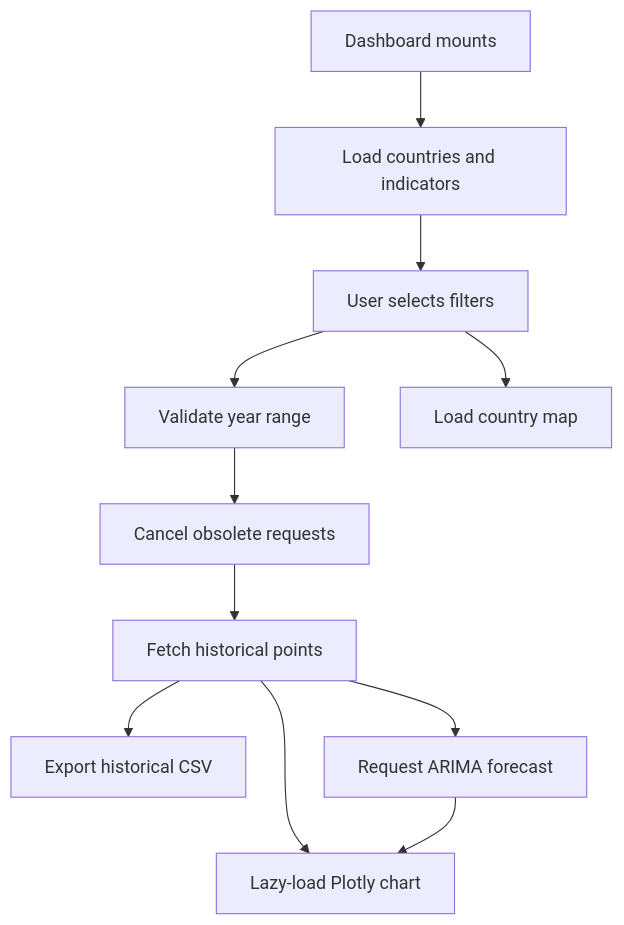
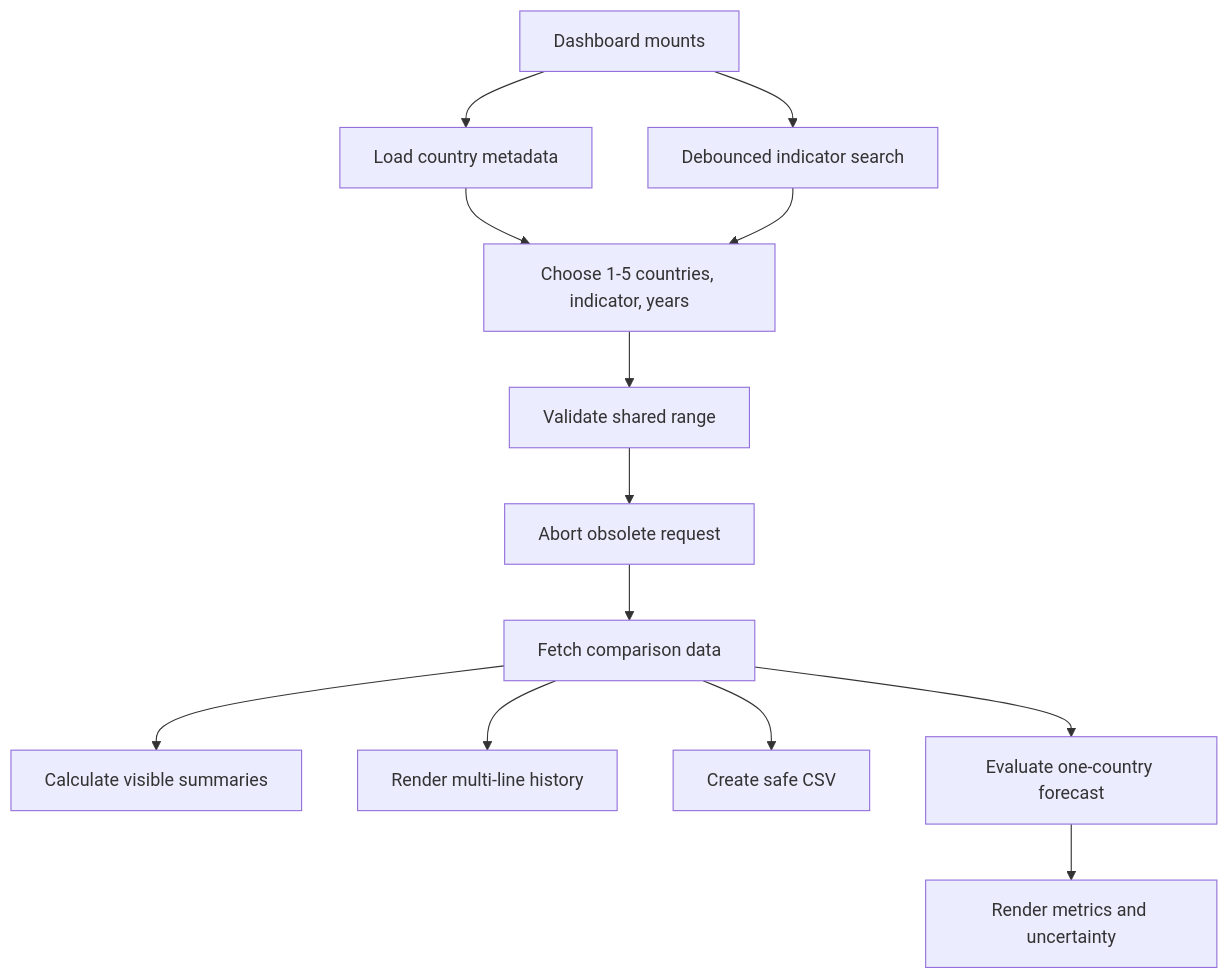
Before and after one commit to viniciusrodriguesai/worldbank-economic-dashboard: the diagram in frontend/README.md, drawn with Mermaid. The commit also changed other lines of this file and 7 other files, not shown here.

````diff
--- a/frontend/README.md
+++ b/frontend/README.md
@@ -100,24 +52,25 @@
-```mermaid
+~~~mermaid
 flowchart TD
     Start[Dashboard mounts]
-    Metadata[Load countries and indicators]
-    Select[User selects filters]
-    Validate[Validate year range]
-    Cancel[Cancel obsolete requests]
-    Data[Fetch historical points]
-    Map[Load country map]
-    Chart[Lazy-load Plotly chart]
-    Export[Export historical CSV]
-    Forecast[Request ARIMA forecast]
+    Countries[Load country metadata]
+    Search[Debounced indicator search]
+    Select[Choose 1-5 countries, indicator, years]
+    Validate[Validate shared range]
+    Cancel[Abort obsolete request]
+    Compare[Fetch comparison data]
+    KPIs[Calculate visible summaries]
+    Chart[Render multi-line history]
+    Export[Create safe CSV]
+    Forecast[Evaluate one-country forecast]
+    Band[Render metrics and uncertainty]
 
-    Start --> Metadata
-    Metadata --> Select
-    Select --> Validate
-    Validate --> Cancel
-    Cancel --> Data
-    Select --> Map
-    Data --> Chart
-    Data --> Export
-    Data --> Forecast
-    Forecast --> Chart
-```
+    Start --> Countries
+    Start --> Search
+    Countries --> Select
+    Search --> Select
+    Select --> Validate --> Cancel --> Compare
+    Compare --> KPIs
+    Compare --> Chart
+    Compare --> Export
+    Compare --> Forecast --> Band
+~~~
````
